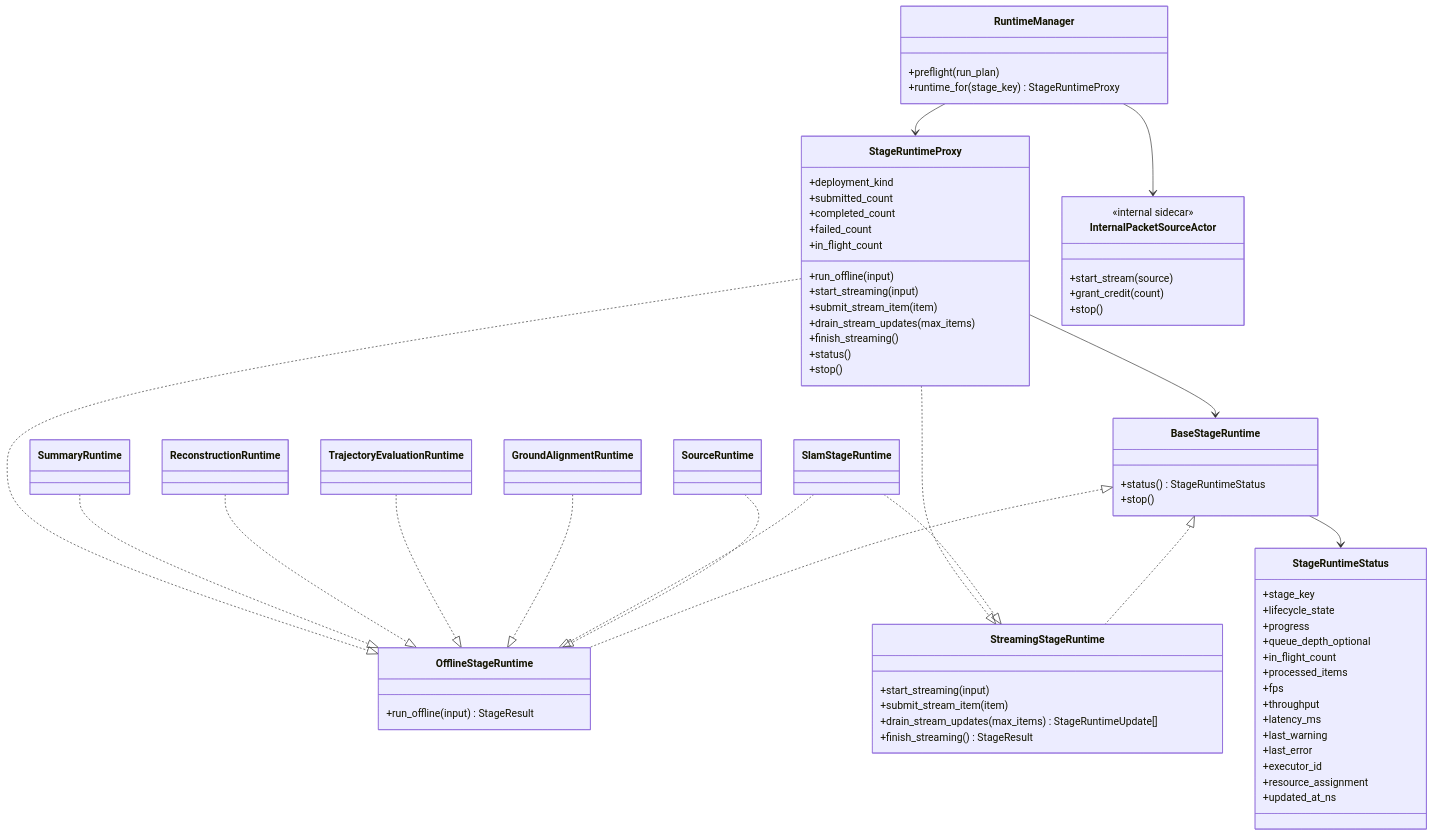
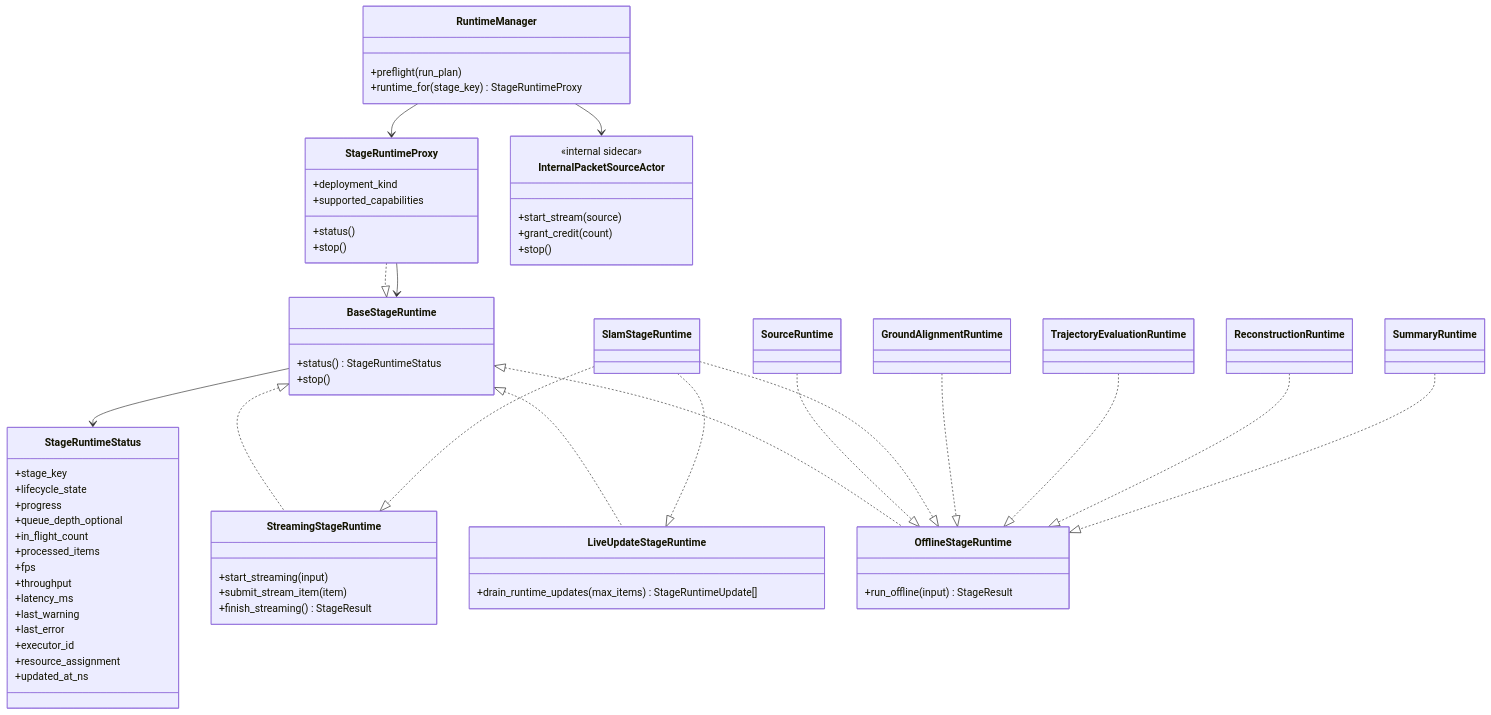
One commit to JanDuchscherer104/prml-vslam changed the fifth of 17 diagrams in docs/architecture/pipeline-stage-refactor-target.md. Above: the diagram before and after it, drawn with Mermaid. The commit also changed other lines of this file and 6 other files, not shown here.

```diff
--- a/docs/architecture/pipeline-stage-refactor-target.md
+++ b/docs/architecture/pipeline-stage-refactor-target.md
@@ -561,10 +586,13 @@
         +run_offline(input) StageResult
     }
 
+    class LiveUpdateStageRuntime {
+        +drain_runtime_updates(max_items) StageRuntimeUpdate[]
+    }
+
     class StreamingStageRuntime {
         +start_streaming(input)
         +submit_stream_item(item)
-        +drain_stream_updates(max_items) StageRuntimeUpdate[]
         +finish_streaming() StageResult
     }
 
@@ -599,15 +627,7 @@
 
     class StageRuntimeProxy {
         +deployment_kind
-        +submitted_count
-        +completed_count
-        +failed_count
-        +in_flight_count
-        +run_offline(input)
-        +start_streaming(input)
-        +submit_stream_item(item)
-        +drain_stream_updates(max_items)
-        +finish_streaming()
+        +supported_capabilities
         +status()
         +stop()
     }
@@ -620,16 +640,17 @@
     }
 
     BaseStageRuntime <|.. OfflineStageRuntime
+    BaseStageRuntime <|.. LiveUpdateStageRuntime
     BaseStageRuntime <|.. StreamingStageRuntime
     SourceRuntime ..|> OfflineStageRuntime
     SlamStageRuntime ..|> OfflineStageRuntime
+    SlamStageRuntime ..|> LiveUpdateStageRuntime
     SlamStageRuntime ..|> StreamingStageRuntime
     GroundAlignmentRuntime ..|> OfflineStageRuntime
     TrajectoryEvaluationRuntime ..|> OfflineStageRuntime
     ReconstructionRuntime ..|> OfflineStageRuntime
     SummaryRuntime ..|> OfflineStageRuntime
-    StageRuntimeProxy ..|> OfflineStageRuntime
-    StageRuntimeProxy ..|> StreamingStageRuntime
+    StageRuntimeProxy ..|> BaseStageRuntime
     RuntimeManager --> StageRuntimeProxy
     StageRuntimeProxy --> BaseStageRuntime
     RuntimeManager --> InternalPacketSourceActor
```
